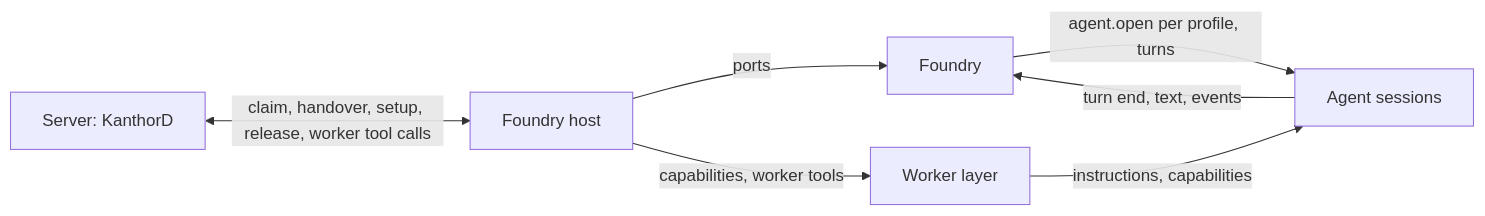
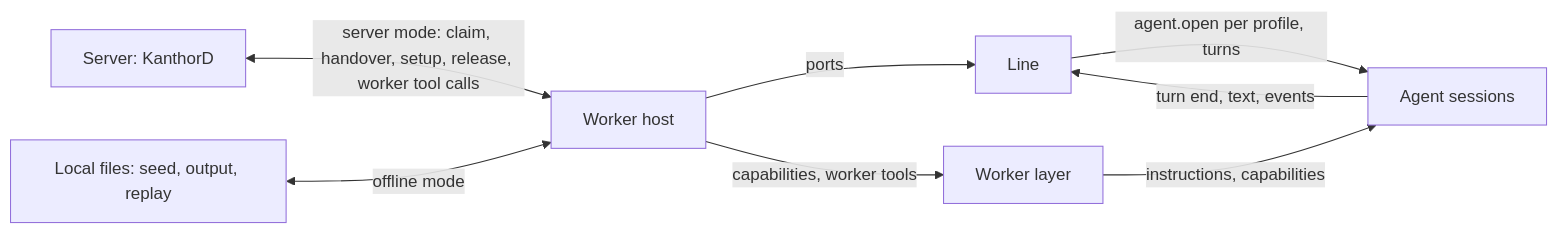
The diagram in docs/brainstorm/agent-worker-v3/L1-model.md (kanthorlabs/kanthord), drawn with Mermaid before and after one commit. The commit also changed other lines of this file and 4 other files, not shown here.

````diff
--- a/docs/brainstorm/agent-worker-v3/L1-model.md
+++ b/docs/brainstorm/agent-worker-v3/L1-model.md
@@ -88,9 +92,10 @@
 ```mermaid
 flowchart LR
-  S[Server: KanthorD] <-->|claim, handover, setup, release, worker tool calls| H[Foundry host]
-  H -->|ports| F[Foundry]
+  S[Server: KanthorD] <-->|server mode: claim, handover, setup, release, worker tool calls| H[Worker host]
+  LF[Local files: seed, output, replay] <-->|offline mode| H
+  H -->|ports| F[Line]
   H -->|capabilities, worker tools| WL[Worker layer]
   F -->|agent.open per profile, turns| A[Agent sessions]
   WL -->|instructions, capabilities| A
   A -->|turn end, text, events| F
 ```
````
